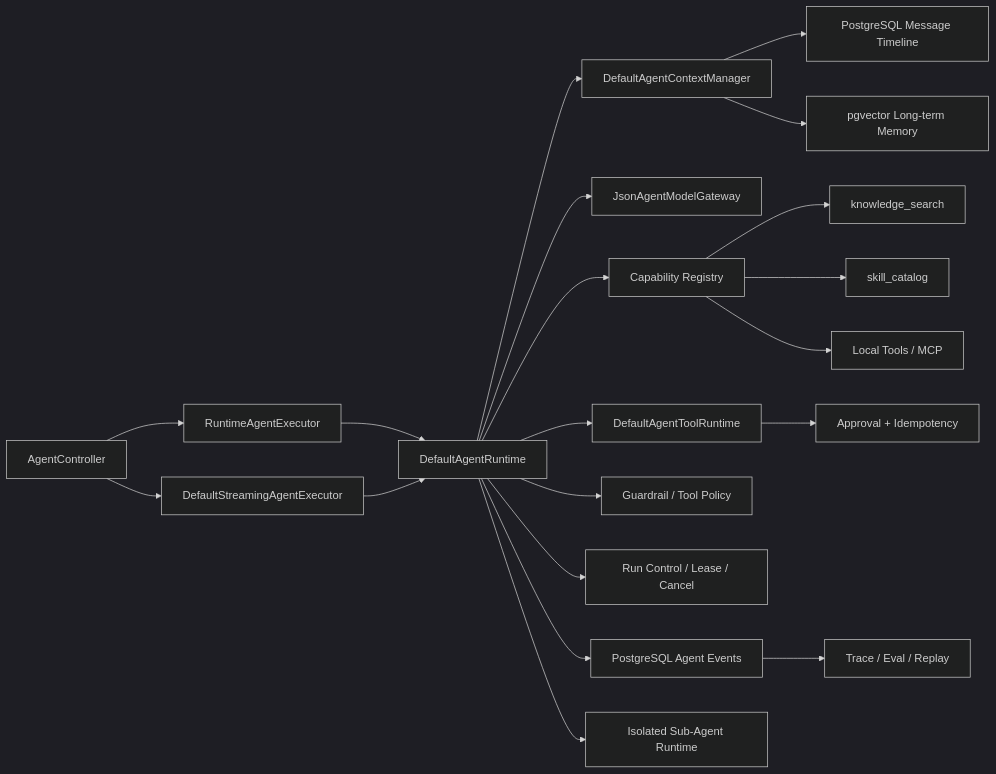
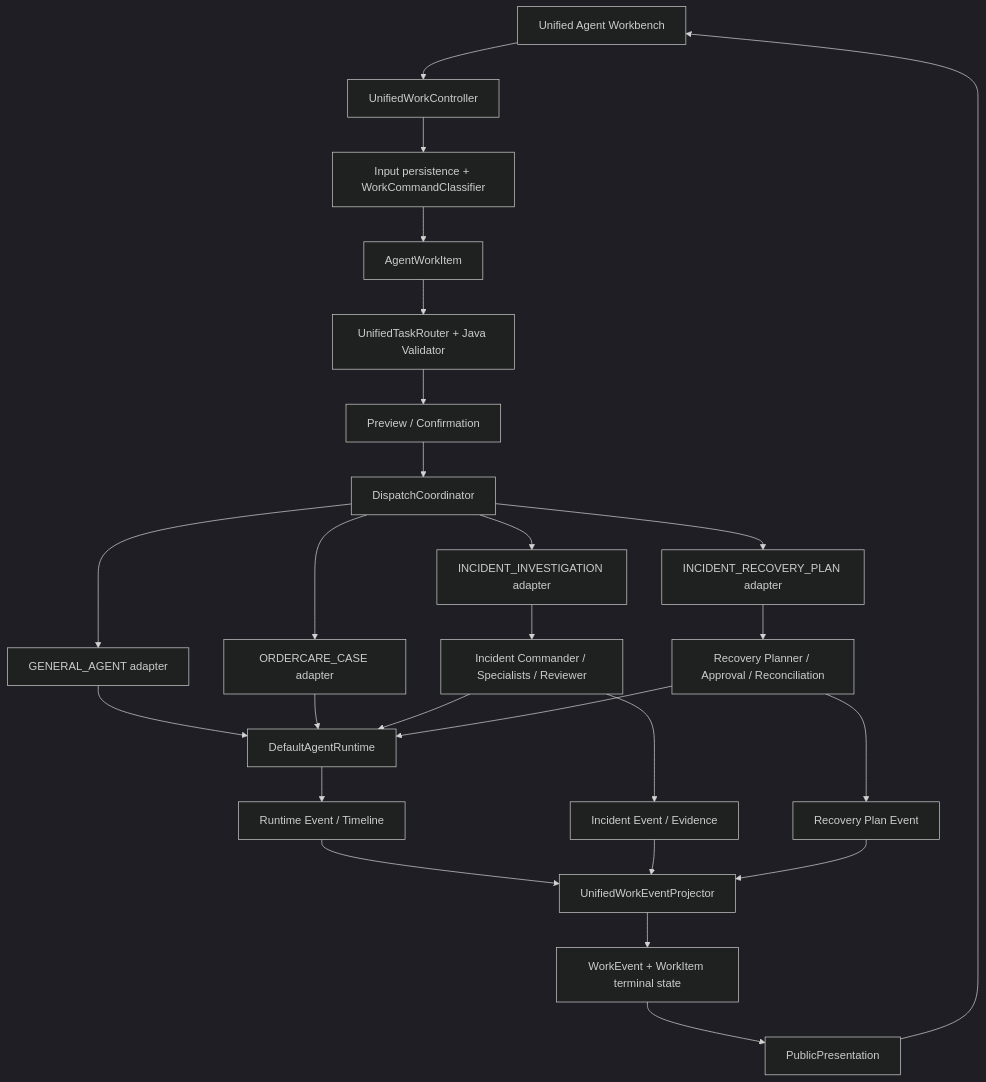
One commit to KunShengWang/enterprise-agent changed the first of 4 diagrams in docs/architecture.md. Above: the diagram before and after it, drawn with Mermaid (dark theme). The commit also changed other lines of this file and 17 other files, not shown here.

````diff
--- a/docs/architecture.md
+++ b/docs/architecture.md
@@ -5,25 +7,31 @@
 ```mermaid
-flowchart LR
-    HTTP["AgentController"] --> Sync["RuntimeAgentExecutor"]
-    HTTP --> SSE["DefaultStreamingAgentExecutor"]
-    Sync --> Runtime["DefaultAgentRuntime"]
-    SSE --> Runtime
+flowchart TB
+    UI["Unified Agent Workbench"] --> WC["UnifiedWorkController"]
+    WC --> IN["Input persistence + WorkCommandClassifier"]
+    IN --> WI["AgentWorkItem"]
+    WI --> RT["UnifiedTaskRouter + Java Validator"]
+    RT --> CF["Preview / Confirmation"]
+    CF --> DP["DispatchCoordinator"]
 
-    Runtime --> Context["DefaultAgentContextManager"]
-    Runtime --> Model["JsonAgentModelGateway"]
-    Runtime --> Cap["Capability Registry"]
-    Runtime --> ToolRuntime["DefaultAgentToolRuntime"]
-    Runtime --> Guard["Guardrail / Tool Policy"]
-    Runtime --> Control["Run Control / Lease / Cancel"]
+    DP --> GA["GENERAL_AGENT adapter"]
+    DP --> OC["ORDERCARE_CASE adapter"]
+    DP --> II["INCIDENT_INVESTIGATION adapter"]
+    DP --> RP["INCIDENT_RECOVERY_PLAN adapter"]
 
-    Context --> Timeline["PostgreSQL Message Timeline"]
-    Context --> Memory["pgvector Long-term Memory"]
-    Cap --> RAG["knowledge_search"]
-    Cap --> Skill["skill_catalog"]
-    Cap --> Tools["Local Tools / MCP"]
-    ToolRuntime --> Approval["Approval + Idempotency"]
+    GA --> AR["DefaultAgentRuntime"]
+    OC --> AR
+    II --> IC["Incident Commander / Specialists / Reviewer"]
+    RP --> PL["Recovery Planner / Approval / Reconciliation"]
+    IC --> AR
+    PL --> AR
 
-    Runtime --> Events["PostgreSQL Agent Events"]
-    Events --> Ops["Trace / Eval / Replay"]
-    Runtime --> Sub["Isolated Sub-Agent Runtime"]
+    AR --> EV["Runtime Event / Timeline"]
+    IC --> IE["Incident Event / Evidence"]
+    PL --> PE["Recovery Plan Event"]
+    EV --> PJ["UnifiedWorkEventProjector"]
+    IE --> PJ
+    PE --> PJ
+    PJ --> WE["WorkEvent + WorkItem terminal state"]
+    WE --> PP["PublicPresentation"]
+    PP --> UI
 ```
````
